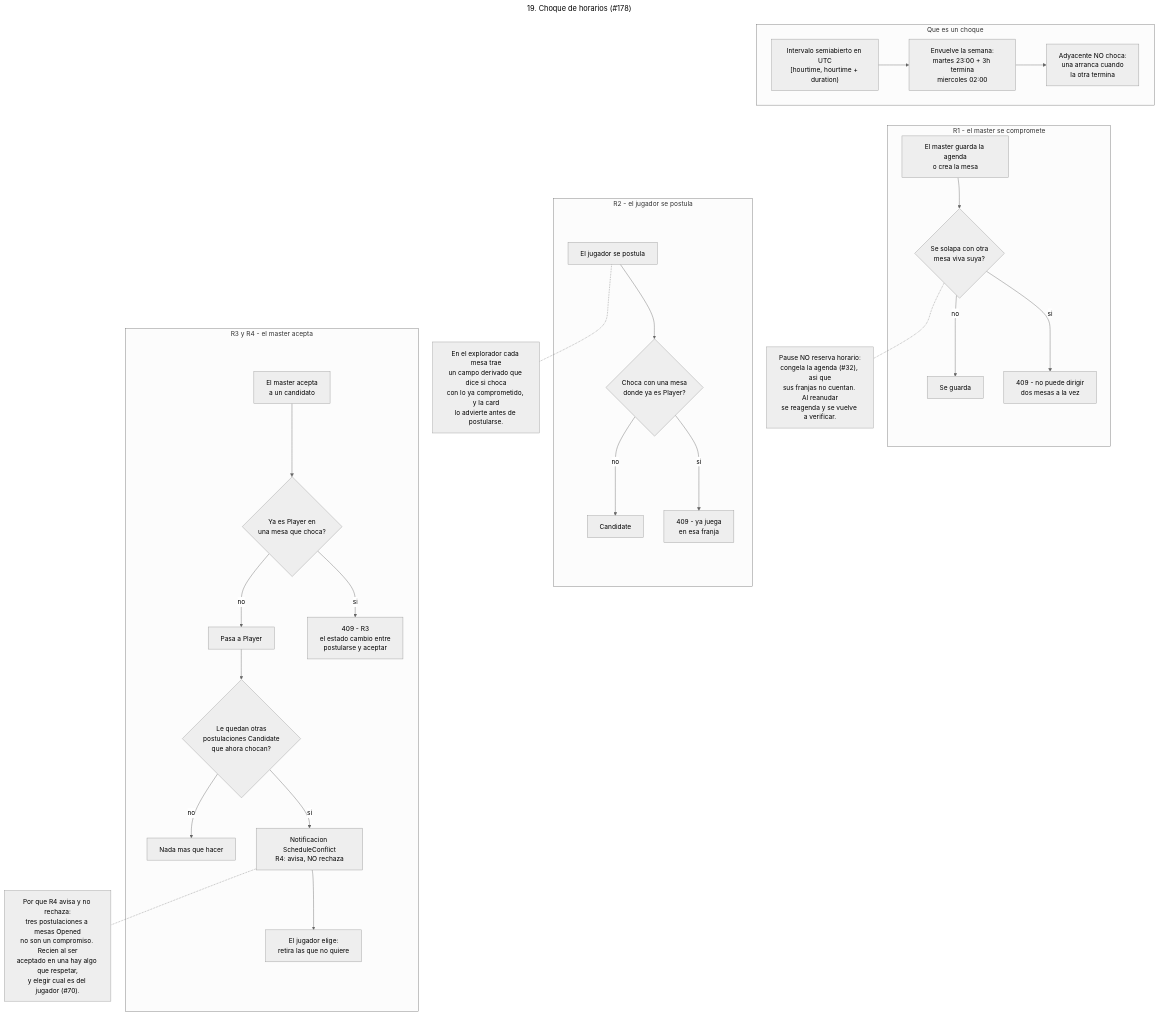
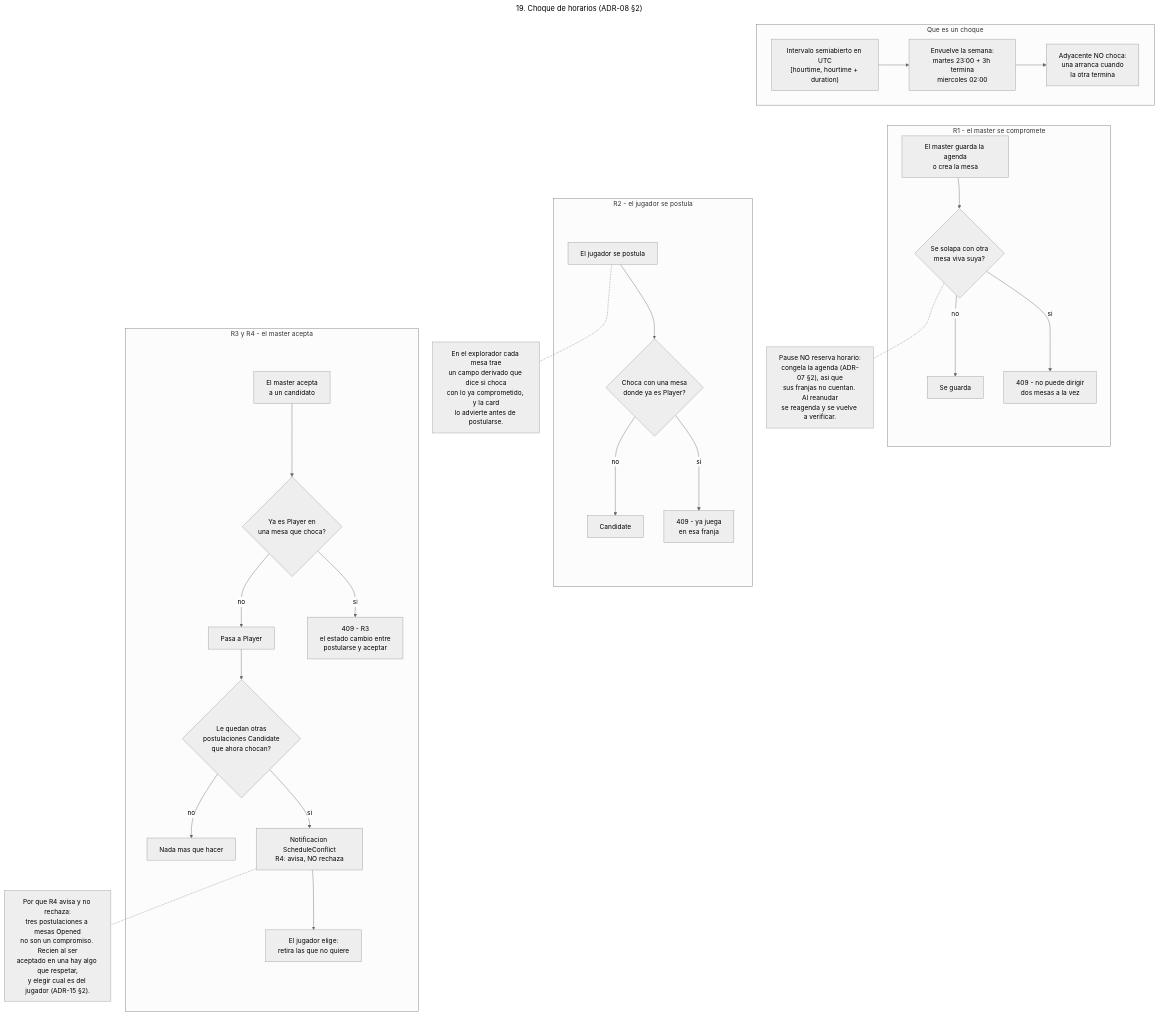
One commit to d4m14n257/CentralDungeon changed the diagram in docs/diagramas/19-choque-horarios.mmd. Above: the diagram before and after it, drawn with Mermaid (neutral theme). The commit also changed 1176 other files, not shown here.

```diff
--- a/docs/diagramas/19-choque-horarios.mmd
+++ b/docs/diagramas/19-choque-horarios.mmd
@@ -1,63 +1,63 @@
 ---
-title: 19. Choque de horarios (#178)
+title: 19. Choque de horarios (ADR-08 §2)
 ---
 flowchart TB
 
     subgraph calc["Que es un choque"]
         C1["Intervalo semiabierto en UTC<br/>[hourtime, hourtime + duration)"]
         C2["Envuelve la semana:<br/>martes 23:00 + 3h termina<br/>miercoles 02:00"]
         C3["Adyacente NO choca:<br/>una arranca cuando<br/>la otra termina"]
         C1 --> C2 --> C3
     end
 
     subgraph r1["R1 - el master se compromete"]
         M1["El master guarda la agenda<br/>o crea la mesa"]
         M2{"Se solapa con otra<br/>mesa viva suya?"}
         M3["409 - no puede dirigir<br/>dos mesas a la vez"]
         M4["Se guarda"]
         M1 --> M2
         M2 -->|si| M3
         M2 -->|no| M4
     end
 
     subgraph r2["R2 - el jugador se postula"]
         P1["El jugador se postula"]
         P2{"Choca con una mesa<br/>donde ya es Player?"}
         P3["409 - ya juega<br/>en esa franja"]
         P4["Candidate"]
         P1 --> P2
         P2 -->|si| P3
         P2 -->|no| P4
     end
 
     subgraph r34["R3 y R4 - el master acepta"]
         A1["El master acepta<br/>a un candidato"]
         A2{"Ya es Player en<br/>una mesa que choca?"}
         A3["409 - R3<br/>el estado cambio entre<br/>postularse y aceptar"]
         A4["Pasa a Player"]
         A5{"Le quedan otras<br/>postulaciones Candidate<br/>que ahora chocan?"}
         A6["Notificacion ScheduleConflict<br/>R4: avisa, NO rechaza"]
         A7["El jugador elige:<br/>retira las que no quiere"]
         A8["Nada mas que hacer"]
         A1 --> A2
         A2 -->|si| A3
         A2 -->|no| A4
         A4 --> A5
         A5 -->|si| A6 --> A7
         A5 -->|no| A8
     end
 
-    note1["Por que R4 avisa y no rechaza:<br/>tres postulaciones a mesas Opened<br/>no son un compromiso. Recien al ser<br/>aceptado en una hay algo que respetar,<br/>y elegir cual es del jugador (#70)."]
+    note1["Por que R4 avisa y no rechaza:<br/>tres postulaciones a mesas Opened<br/>no son un compromiso. Recien al ser<br/>aceptado en una hay algo que respetar,<br/>y elegir cual es del jugador (ADR-15 §2)."]
     A6 -.- note1
 
-    note2["Pause NO reserva horario:<br/>congela la agenda (#32), asi que<br/>sus franjas no cuentan. Al reanudar<br/>se reagenda y se vuelve a verificar."]
+    note2["Pause NO reserva horario:<br/>congela la agenda (ADR-07 §2), asi que<br/>sus franjas no cuentan. Al reanudar<br/>se reagenda y se vuelve a verificar."]
     M2 -.- note2
 
     note3["En el explorador cada mesa trae<br/>un campo derivado que dice si choca<br/>con lo ya comprometido, y la card<br/>lo advierte antes de postularse."]
     P1 -.- note3
 
     %% Enlaces invisibles: sin esto mermaid apila los subgrafos en orden inverso
     %% y se lee R3/R4 antes que R1.
     calc ~~~ r1
     r1 ~~~ r2
     r2 ~~~ r34
```
